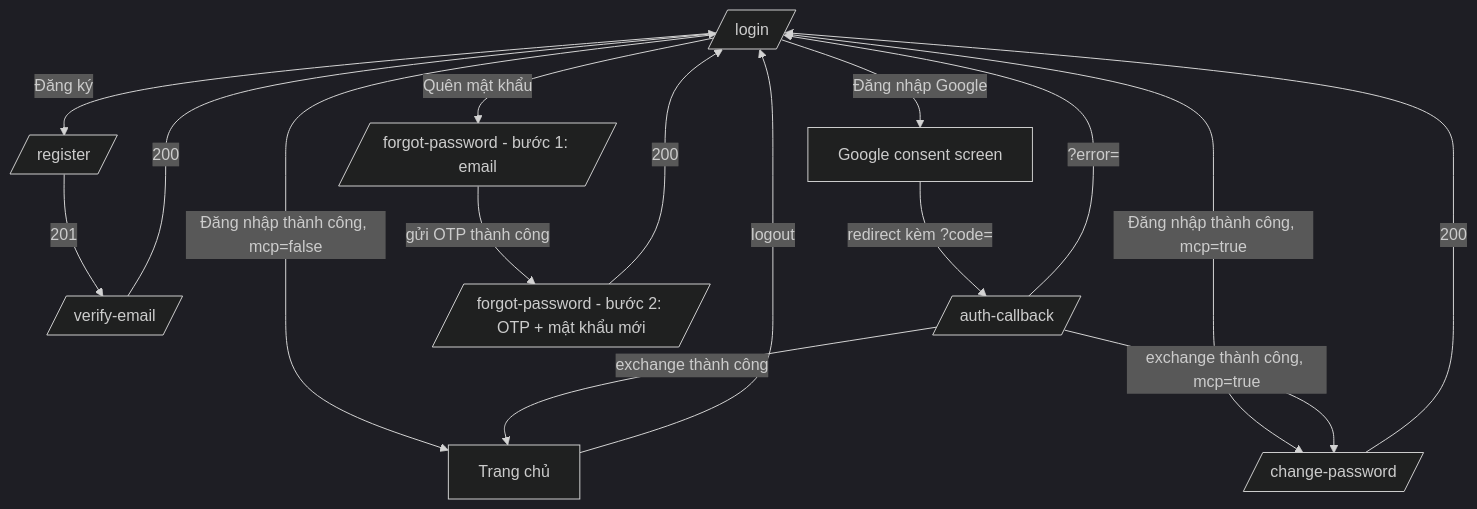
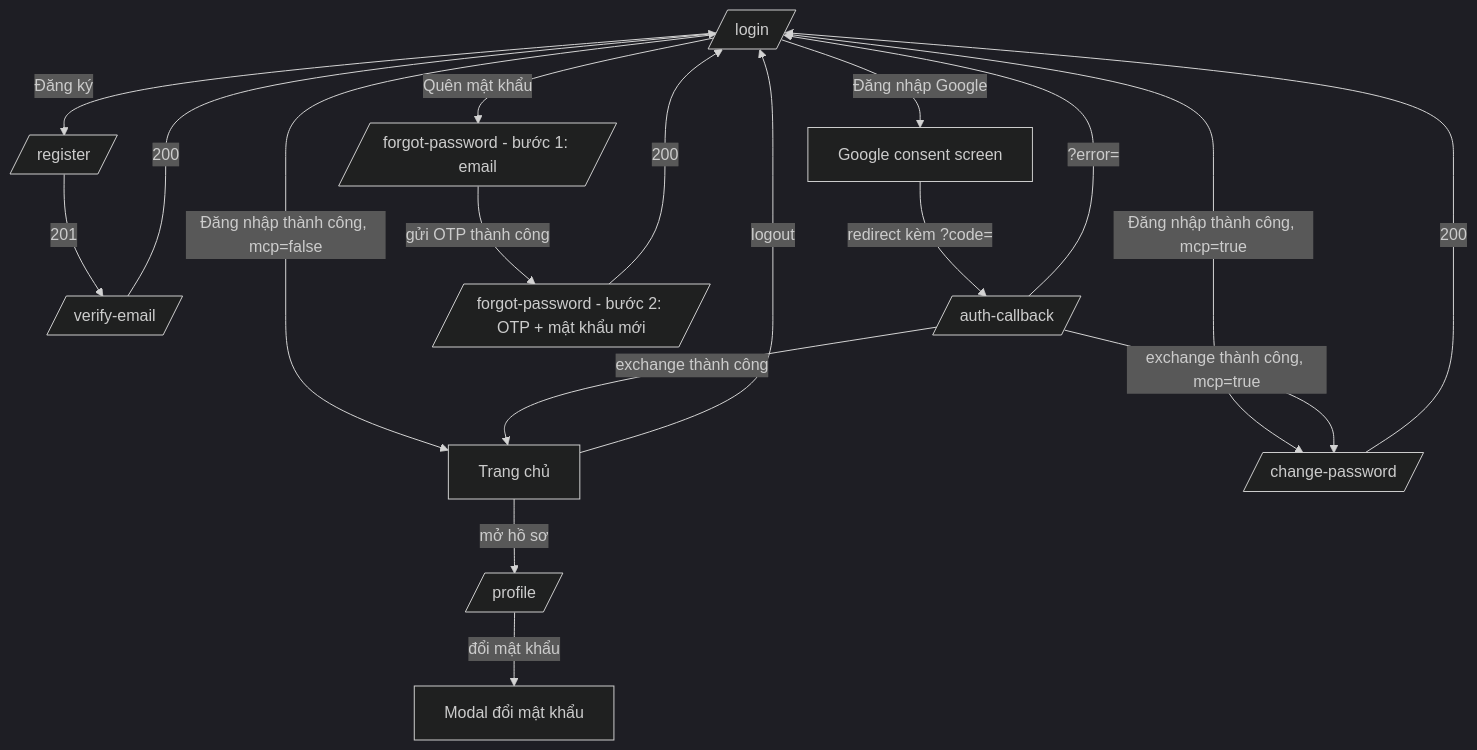
The diagram in docs/product/P1_auth_ui_plan.md (TrungLe05/vantix), drawn with Mermaid (dark theme) before and after one commit. The commit also changed other lines of this file and 48 other files, not shown here.

````diff
--- a/docs/product/P1_auth_ui_plan.md
+++ b/docs/product/P1_auth_ui_plan.md
@@ -34,23 +34,25 @@
 ```mermaid
 flowchart TD
     Login[/login/] -->|Đăng ký| Register[/register/]
     Login -->|Quên mật khẩu| Forgot[/forgot-password - bước 1: email/]
     Login -->|Đăng nhập thành công, mcp=false| Home[Trang chủ]
     Login -->|Đăng nhập thành công, mcp=true| ChangePwd[/change-password/]
     Login -->|Đăng nhập Google| GoogleRedirect[Google consent screen]
 
     Register -->|201| VerifyEmail[/verify-email/]
     VerifyEmail -->|200| Login
 
     GoogleRedirect -->|redirect kèm ?code=| Callback[/auth-callback/]
     Callback -->|exchange thành công| Home
     Callback -->|exchange thành công, mcp=true| ChangePwd
     Callback -->|?error=| Login
 
     Forgot -->|gửi OTP thành công| ForgotStep2[/forgot-password - bước 2: OTP + mật khẩu mới/]
     ForgotStep2 -->|200| Login
 
     ChangePwd -->|200| Login
 
+    Home -->|mở hồ sơ| Profile[/profile/]
+    Profile -->|đổi mật khẩu| PasswordModal[Modal đổi mật khẩu]
     Home -->|logout| Login
 ```
````
